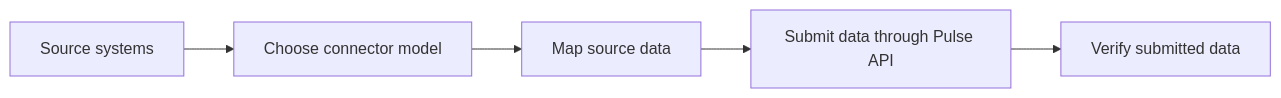
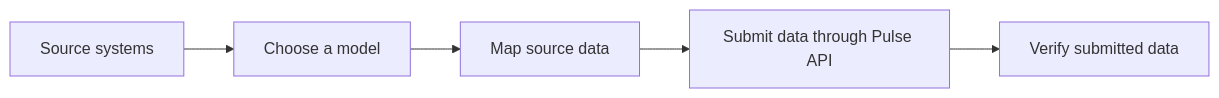
One commit to Tom-PIT/TomPIT.Pulse.Connector changed the diagram in docs/getting-started/index.md. Above: the diagram before and after it, drawn with Mermaid. The commit also changed other lines of this file and 7 other files, not shown here.

````diff
--- a/docs/getting-started/index.md
+++ b/docs/getting-started/index.md
@@ -51,7 +51,7 @@
 ``` mermaid
 graph LR
-  A[Source systems] --> B[Choose connector model]
+  A[Source systems] --> B[Choose a model]
   B --> C[Map source data]
   C --> D[Submit data through Pulse API]
   D --> E[Verify submitted data]
 ```
````
